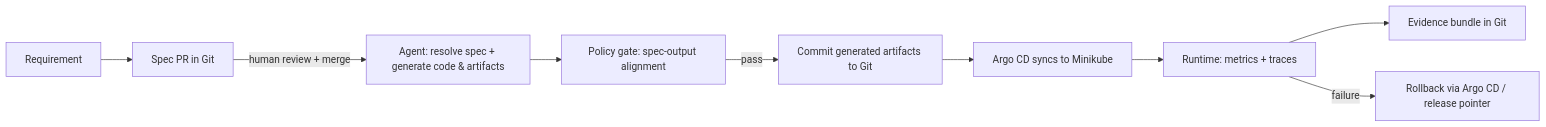
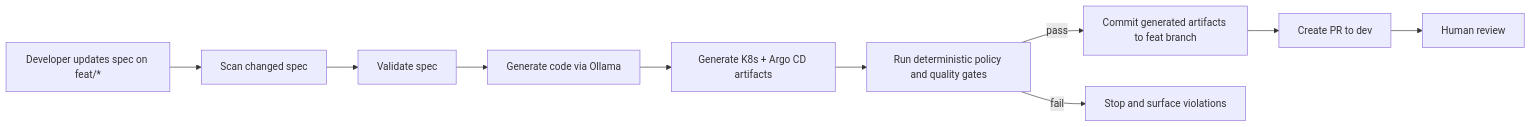
Before and after one commit to Legiang98/devops-sdd-assignment: the second of 3 diagrams in docs/design.md, drawn with Mermaid. The commit also changed other lines of this file and 4 other files, not shown here.

````diff
--- a/docs/design.md
+++ b/docs/design.md
@@ -20,11 +60,12 @@
 ```mermaid
 flowchart LR
-  R[Requirement] --> S[Spec PR in Git]
-  S -->|human review + merge| A[Agent: resolve spec + generate code & artifacts]
-  A --> P[Policy gate: spec-output alignment]
-  P -->|pass| GIT[Commit generated artifacts to Git]
-  GIT --> ARGOCD[Argo CD syncs to Minikube]
-  ARGOCD --> O[Runtime: metrics + traces]
-  O --> E[Evidence bundle in Git]
-  O -->|failure| RB[Rollback via Argo CD / release pointer]
+  A[Developer updates spec on feat/*] --> B[Scan changed spec]
+  B --> C[Validate spec]
+  C --> D[Generate code via Ollama]
+  D --> E[Generate K8s + Argo CD artifacts]
+  E --> F[Run deterministic policy and quality gates]
+  F -->|pass| G[Commit generated artifacts to feat branch]
+  G --> H[Create PR to dev]
+  H --> I[Human review]
+  F -->|fail| X[Stop and surface violations]
 ```
````
